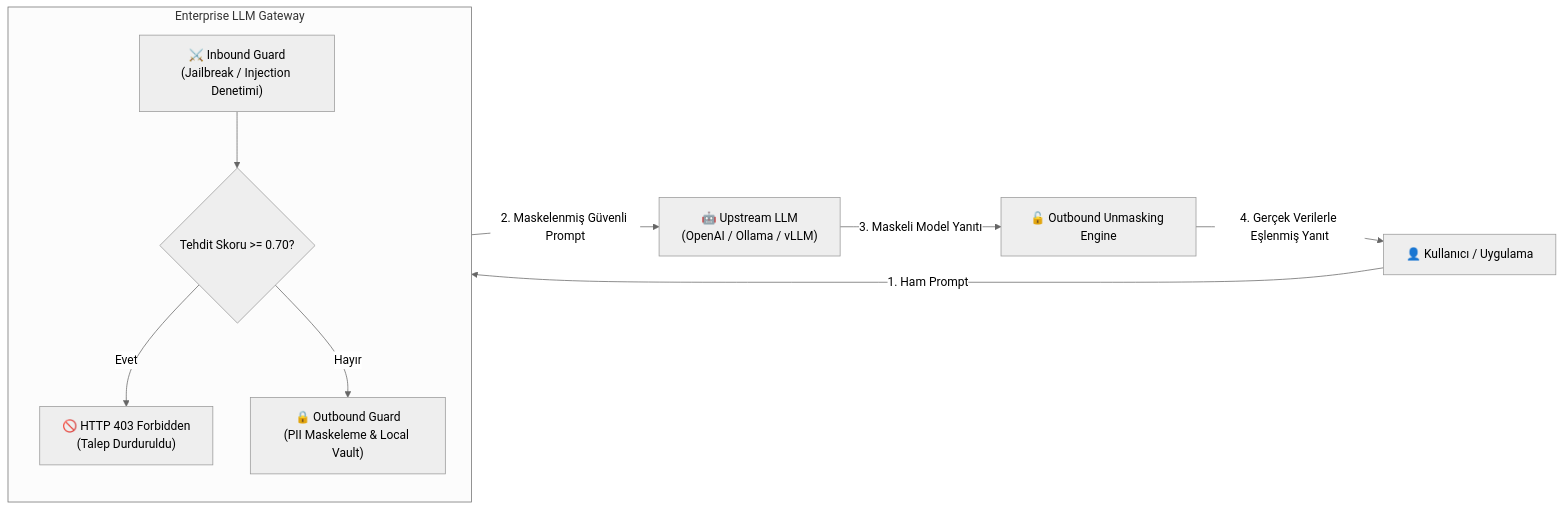
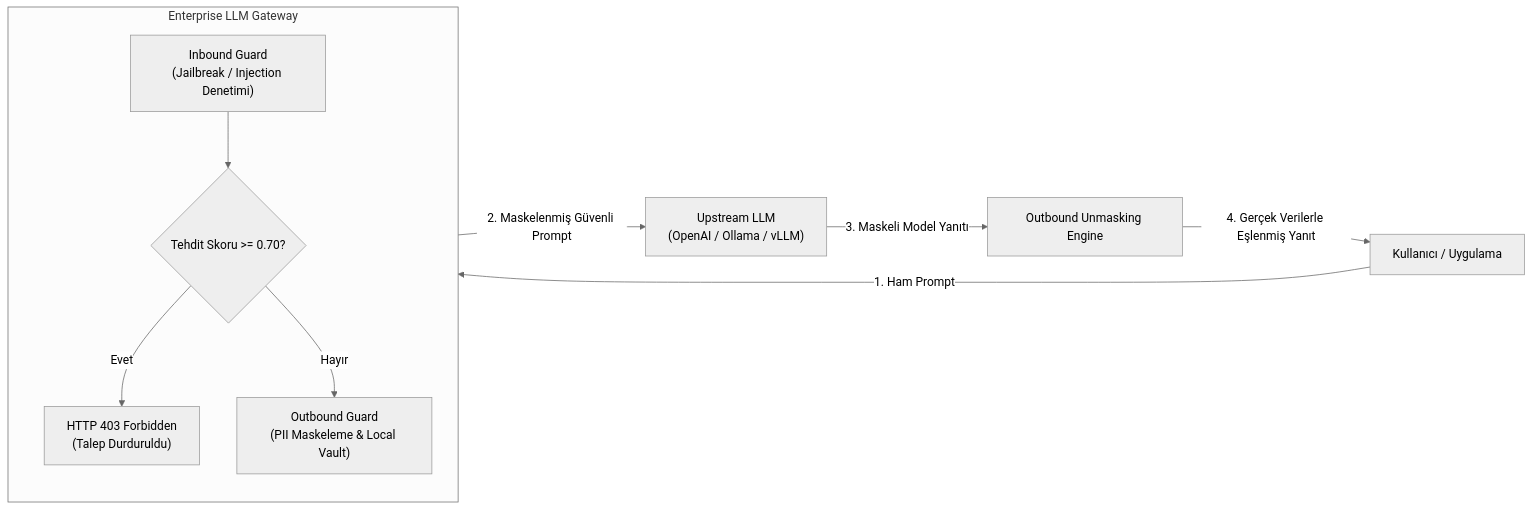
One commit to mehmeteminyilmaz/llm-firewall-gateway changed the diagram in README.md. Above: the diagram before and after it, drawn with Mermaid (neutral theme). The commit also changed other lines of this file, not shown here.

````diff
--- a/README.md
+++ b/README.md
@@ -30,20 +30,20 @@
 ```mermaid
 flowchart LR
-    Client["👤 Kullanıcı / Uygulama"] -->|1. Ham Prompt| Gateway["🛡️ Guardrail Proxy"]
+    Client["Kullanıcı / Uygulama"] -->|1. Ham Prompt| Gateway["Guardrail Proxy"]
     
     subgraph Gateway ["Enterprise LLM Gateway"]
         direction TB
-        Inbound["⚔️ Inbound Guard<br/>(Jailbreak / Injection Denetimi)"]
+        Inbound["Inbound Guard<br/>(Jailbreak / Injection Denetimi)"]
         Decision{"Tehdit Skoru >= 0.70?"}
-        Block["🚫 HTTP 403 Forbidden<br/>(Talep Durduruldu)"]
-        PII["🔒 Outbound Guard<br/>(PII Maskeleme & Local Vault)"]
+        Block["HTTP 403 Forbidden<br/>(Talep Durduruldu)"]
+        PII["Outbound Guard<br/>(PII Maskeleme & Local Vault)"]
         
         Inbound --> Decision
         Decision -- Evet --> Block
         Decision -- Hayır --> PII
     end
     
-    PII -->|2. Maskelenmiş Güvenli Prompt| LLM["🤖 Upstream LLM<br/>(OpenAI / Ollama / vLLM)"]
-    LLM -->|3. Maskeli Model Yanıtı| Unmask["🔓 Outbound Unmasking Engine"]
+    PII -->|2. Maskelenmiş Güvenli Prompt| LLM["Upstream LLM<br/>(OpenAI / Ollama / vLLM)"]
+    LLM -->|3. Maskeli Model Yanıtı| Unmask["Outbound Unmasking Engine"]
     Unmask -->|4. Gerçek Verilerle Eşlenmiş Yanıt| Client
 ```
````
